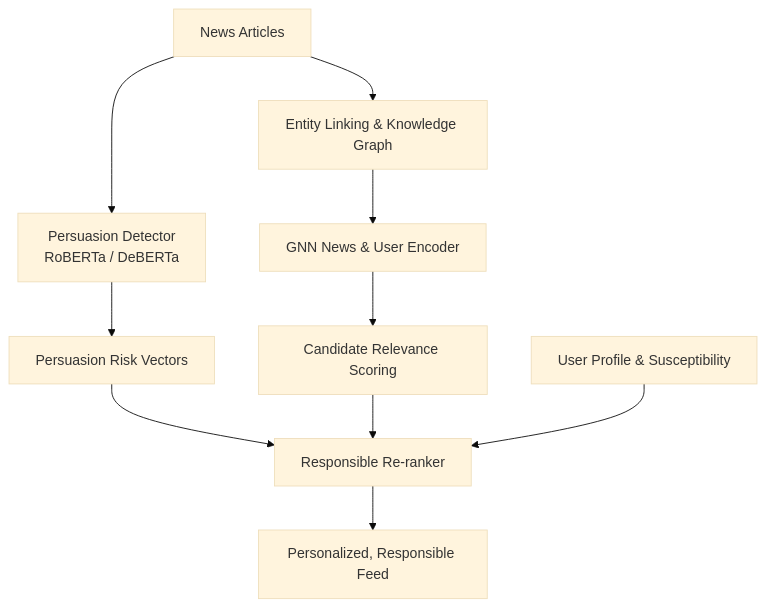
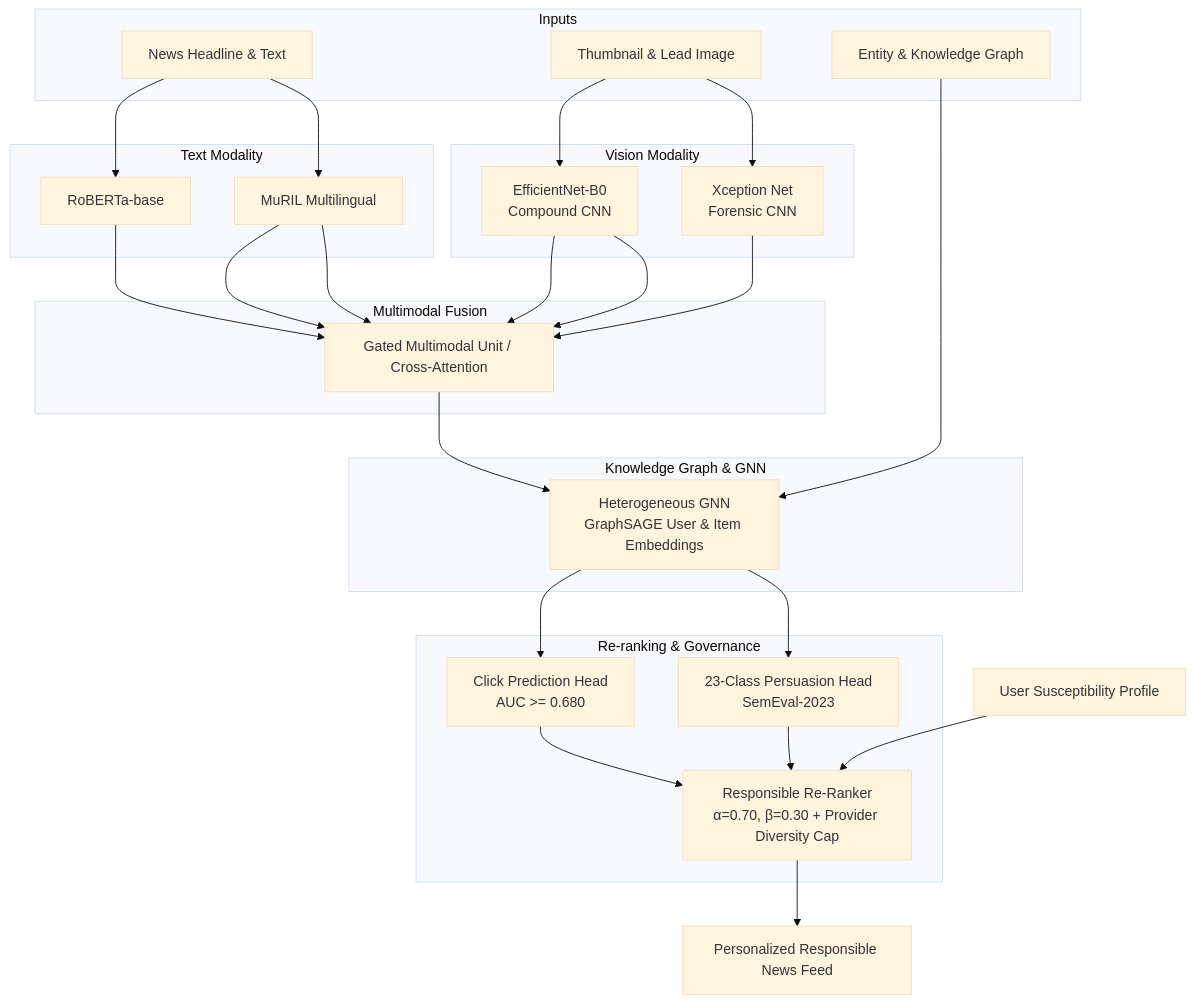
One commit to GladwinDaniel/ResponsibleNewsRecommenderSystem changed the diagram in README.md. Above: the diagram before and after it, drawn with Mermaid (base theme). The commit also changed other lines of this file and 20 other files, not shown here.

Commit message:
Add multimodal encoders (MuRIL, EfficientNet, Xception), IEEE paper updates with 3rd author, 40 references, and figures

````diff
--- a/README.md
+++ b/README.md
@@ -24,12 +24,51 @@
 ```mermaid
 graph TD
-    A[News Articles] --> B[Persuasion Detector<br/>RoBERTa / DeBERTa]
-    A --> C[Entity Linking & Knowledge Graph]
-    B --> D[Persuasion Risk Vectors]
-    C --> E[GNN News & User Encoder]
-    E --> F[Candidate Relevance Scoring]
-    D --> G[Responsible Re-ranker]
-    F --> G
-    H[User Profile & Susceptibility] --> G
-    G --> I[Personalized, Responsible Feed]
+    subgraph Inputs
+        T[News Headline & Text]
+        I[Thumbnail & Lead Image]
+        G[Entity & Knowledge Graph]
+    end
+
+    subgraph Text Modality
+        R[RoBERTa-base]
+        M[MuRIL Multilingual]
+    end
+
+    subgraph Vision Modality
+        E[EfficientNet-B0<br/>Compound CNN]
+        X[Xception Net<br/>Forensic CNN]
+    end
+
+    T --> R
+    T --> M
+    I --> E
+    I --> X
+
+    subgraph Multimodal Fusion
+        GMU[Gated Multimodal Unit / Cross-Attention]
+    end
+
+    M & E --> GMU
+    M & X --> GMU
+    R & E --> GMU
+
+    subgraph Knowledge Graph & GNN
+        GNN[Heterogeneous GNN<br/>GraphSAGE User & Item Embeddings]
+    end
+
+    GMU --> GNN
+    G --> GNN
+
+    subgraph Re-ranking & Governance
+        REL[Click Prediction Head<br/>AUC >= 0.680]
+        RISK[23-Class Persuasion Head<br/>SemEval-2023]
+        RR[Responsible Re-Ranker<br/>α=0.70, β=0.30 + Provider Diversity Cap]
+    end
+
+    GNN --> REL
+    GNN --> RISK
+    REL --> RR
+    RISK --> RR
+    U[User Susceptibility Profile] --> RR
+    RR --> FEED[Personalized Responsible News Feed]
 ```
````
